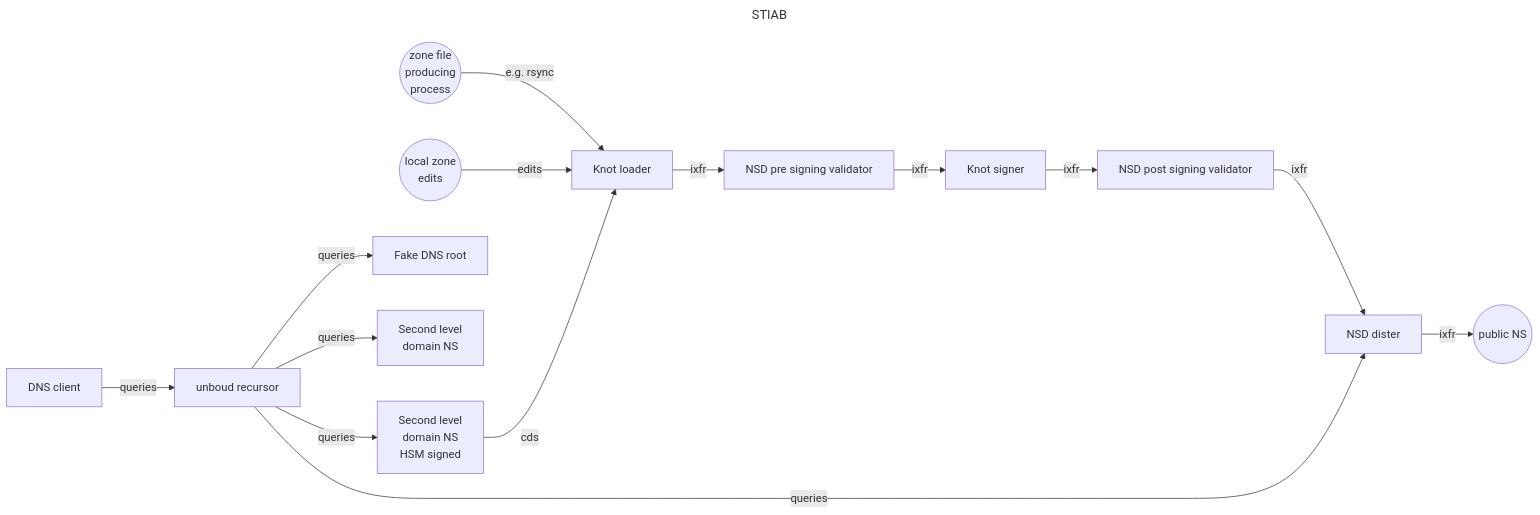
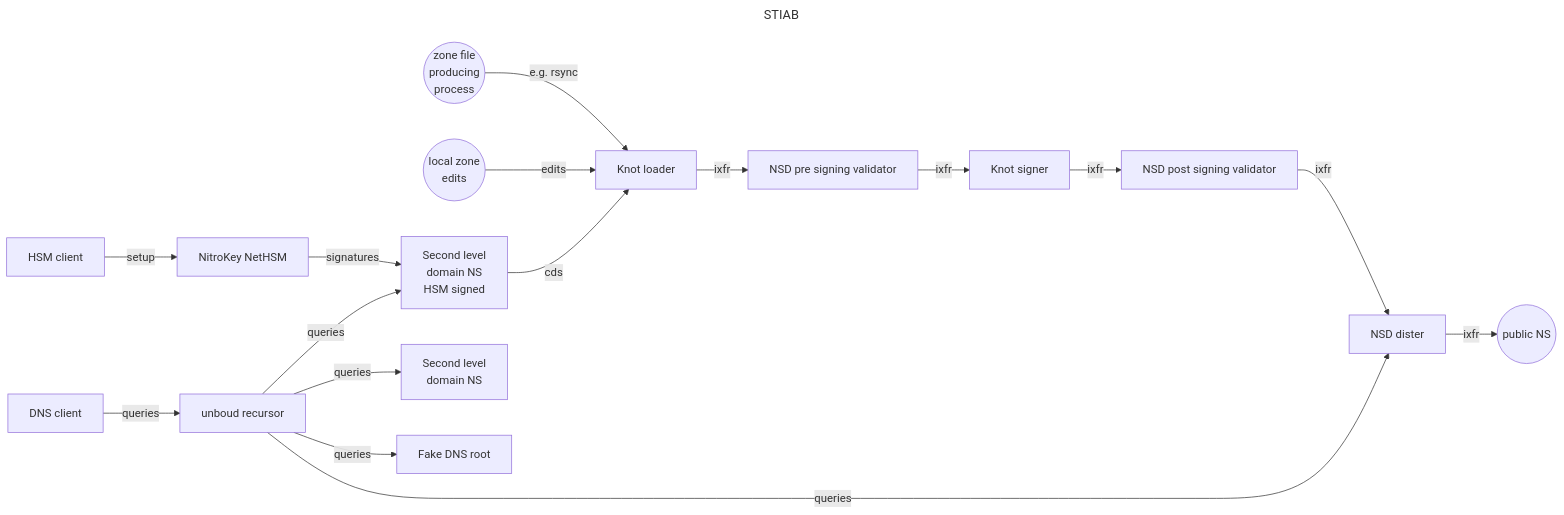
One commit to niek-sidn/stiab changed the diagram in README.md. Above: the diagram before and after it, drawn with Mermaid.

Commit message:
Added HSM to image

````diff
--- a/README.md
+++ b/README.md
@@ -72,28 +72,30 @@
 ```mermaid
 ---
 title: STIAB
 ---
 graph LR
 Z(("`zone file 
 producing 
 process`")) --> |e.g. rsync| A
 Y(("`local zone
 edits`")) --> |edits| A
 A[Knot loader] --> |ixfr| J
 J[NSD pre signing validator] --> |ixfr| B
 B[Knot signer] --> |ixfr| C
 C[NSD post signing validator] --> |ixfr| D
 D[NSD dister] --> |ixfr| E
 E((public NS))
 F[unboud recursor] --> |queries| D
 F --> |queries| H
 F --> |queries| I
 F --> |queries| K
 G[DNS client] --> |queries| F
 H[Fake DNS root]
 I["`Second level 
 domain NS`"]
 K["`Second level 
 domain NS
 HSM signed`"] --> |cds| A
+L[HSM client] --> |setup| M
+M[NitroKey NetHSM] --> |signatures| K
 ```
````
